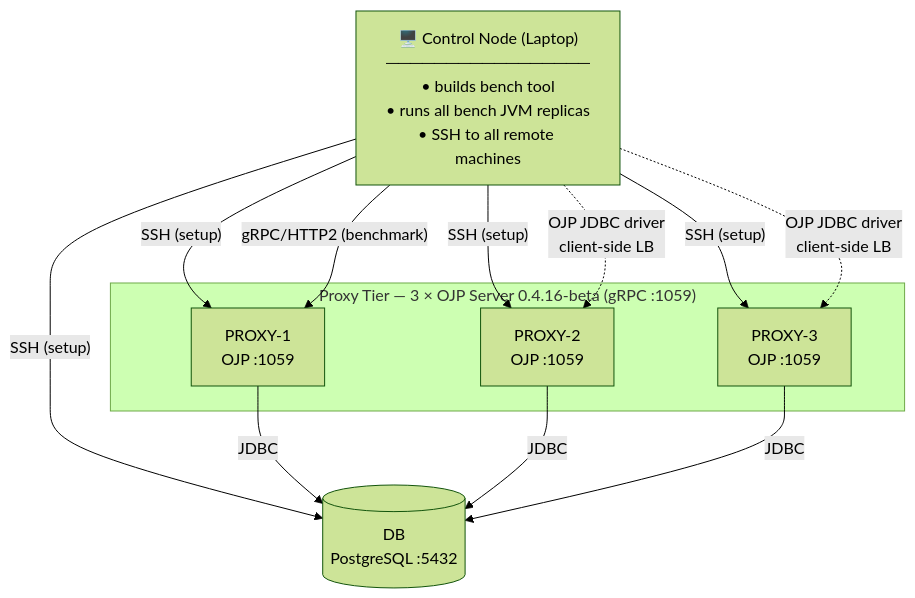
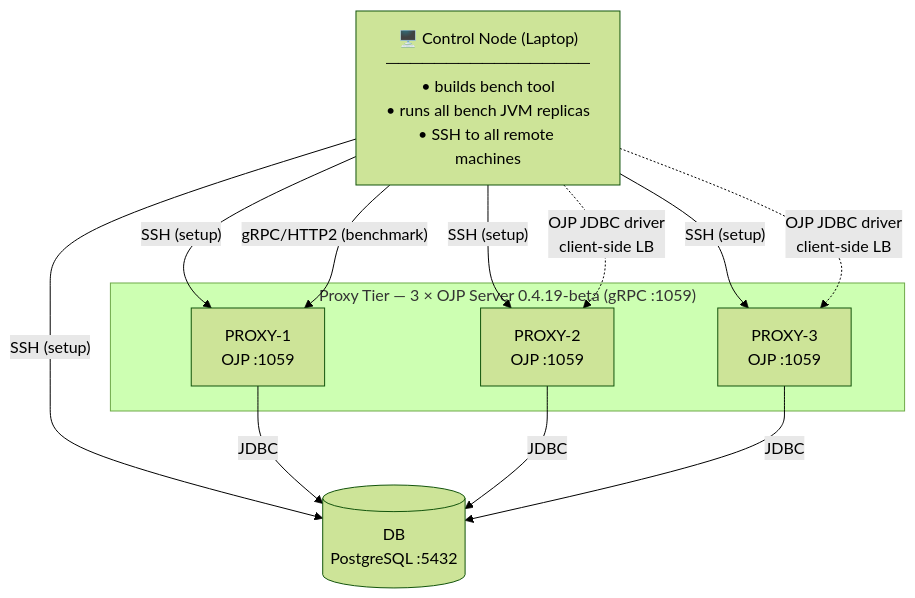
Before and after one commit to rrobetti/stressar: the diagram in docs/DEPLOYMENT_GUIDE.md, drawn with Mermaid (forest theme). The commit also changed other lines of this file and 6 other files, not shown here.

Commit message:
upgrade ojp version to 0.4.19-beta.

````diff
--- a/docs/DEPLOYMENT_GUIDE.md
+++ b/docs/DEPLOYMENT_GUIDE.md
@@ -37,25 +37,25 @@
 ```mermaid
 graph TD
     CTRL["🖥️ Control Node (Laptop)\n─────────────────\n• builds bench tool\n• runs all bench JVM replicas\n• SSH to all remote machines"]
 
-    subgraph PROXY_TIER ["Proxy Tier — 3 × OJP Server 0.4.16-beta (gRPC :1059)"]
+    subgraph PROXY_TIER ["Proxy Tier — 3 × OJP Server 0.4.19-beta (gRPC :1059)"]
         P1["PROXY-1\nOJP :1059"]
         P2["PROXY-2\nOJP :1059"]
         P3["PROXY-3\nOJP :1059"]
     end
 
     DB[("DB\nPostgreSQL :5432")]
 
     CTRL -- "SSH (setup)" --> P1
     CTRL -- "SSH (setup)" --> P2
     CTRL -- "SSH (setup)" --> P3
     CTRL -- "SSH (setup)" --> DB
 
     CTRL -- "gRPC/HTTP2 (benchmark)" --> P1
     CTRL -. "OJP JDBC driver\nclient-side LB" .-> P2
     CTRL -. "OJP JDBC driver\nclient-side LB" .-> P3
 
     P1 -- "JDBC" --> DB
     P2 -- "JDBC" --> DB
     P3 -- "JDBC" --> DB
 ```
````
